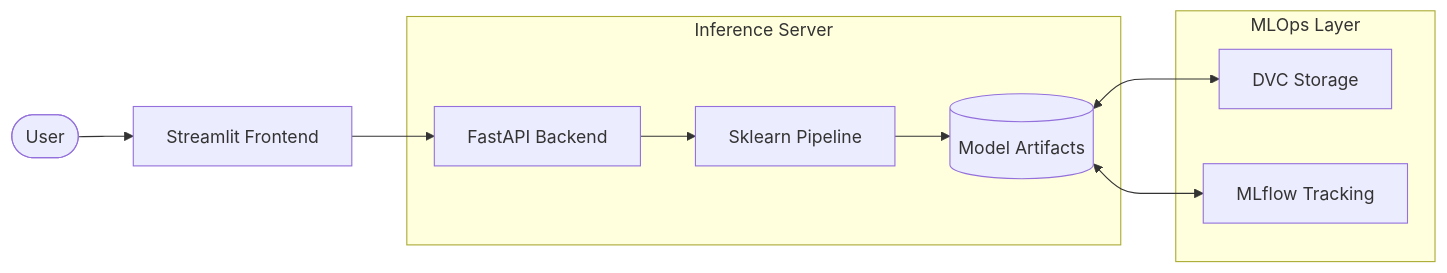
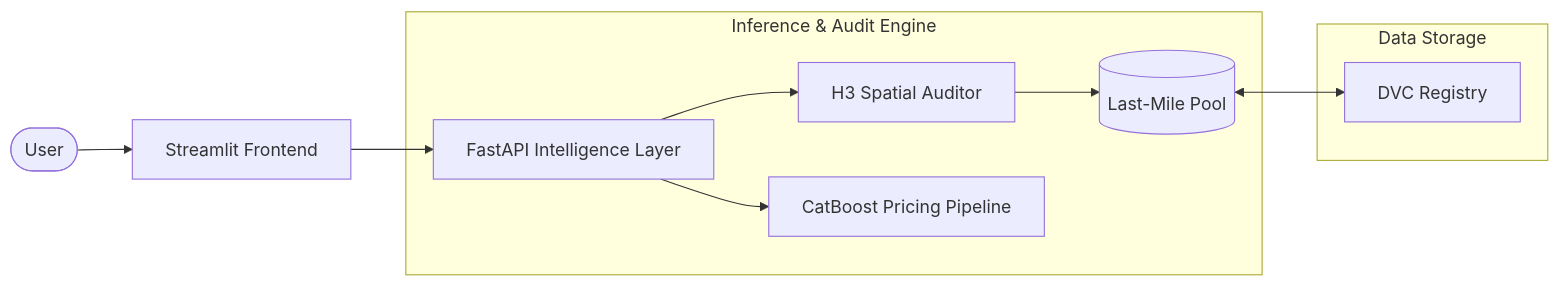
The diagram in README.md (anixes/ncr_property_intelligence_system), drawn with Mermaid before and after one commit. The commit also changed other lines of this file and 65 other files, not shown here.

````diff
--- a/README.md
+++ b/README.md
@@ -16,13 +23,13 @@
 ```mermaid
 graph LR
-    User([User]) --> Streamlit[Streamlit Frontend]
-    Streamlit --> FastAPI[FastAPI Backend]
-    subgraph "Inference Server"
-    FastAPI --> Pipeline[Sklearn Pipeline]
-    Pipeline --> Artifacts[(Model Artifacts)]
+    User([User]) --> UI[Streamlit Frontend]
+    UI --> API[FastAPI Intelligence Layer]
+    subgraph "Inference & Audit Engine"
+    API --> H3[H3 Spatial Auditor]
+    API --> ML[CatBoost Pricing Pipeline]
+    H3 --> DB[(Last-Mile Pool)]
     end
-    subgraph "MLOps Layer"
-    Artifacts <--> DVC[DVC Storage]
-    Artifacts <--> MLflow[MLflow Tracking]
+    subgraph "Data Storage"
+    DB <--> DVC[DVC Registry]
     end
 ```
````
